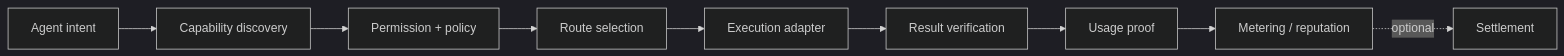
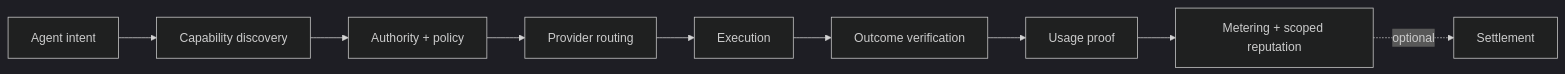
The second of 2 diagrams in README.md (outisseus/detool), drawn with Mermaid (dark theme) before and after one commit. The commit also changed other lines of this file and 18 other files, not shown here.

Commit message:
feat: define verifiable capability execution scaffold

````diff
--- a/README.md
+++ b/README.md
@@ -26,11 +79,11 @@
 ```mermaid
 flowchart LR
-    A[Agent intent] --> D[Capability discovery]
-    D --> P[Permission + policy]
-    P --> R[Route selection]
-    R --> X[Execution adapter]
-    X --> V[Result verification]
-    V --> U[Usage proof]
-    U --> M[Metering / reputation]
+    I[Agent intent] --> D[Capability discovery]
+    D --> A[Authority + policy]
+    A --> R[Provider routing]
+    R --> X[Execution]
+    X --> V[Outcome verification]
+    V --> P[Usage proof]
+    P --> M[Metering + scoped reputation]
     M -. optional .-> S[Settlement]
 ```
````
